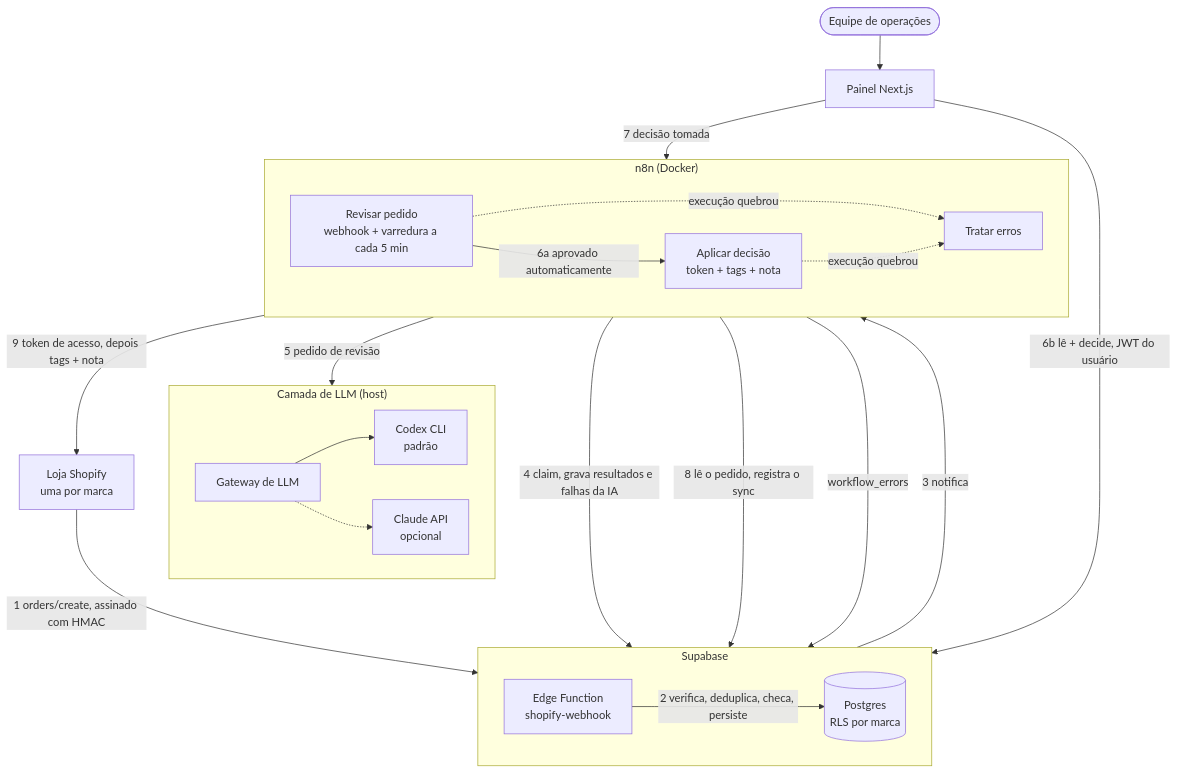
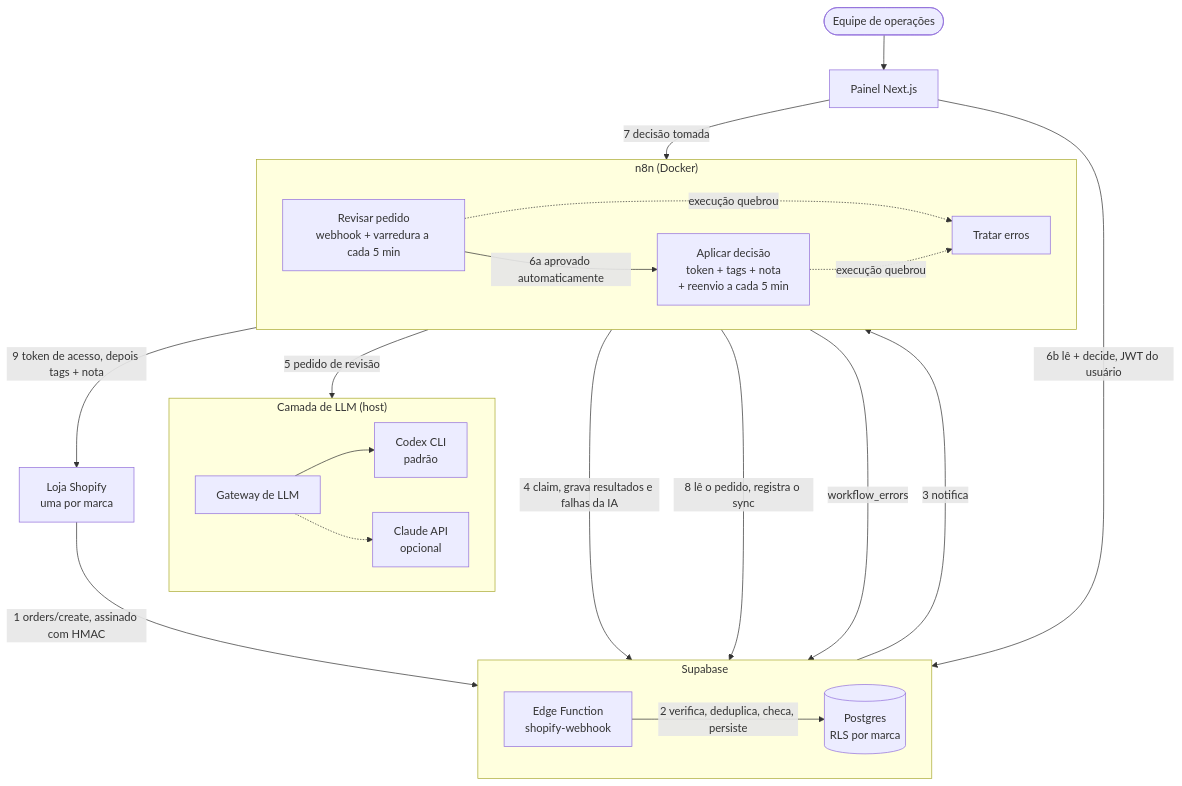
One commit to SamukDantas/order-ops-copilot changed the first of 4 diagrams in README.pt-BR.md. Above: the diagram before and after it, drawn with Mermaid. The commit also changed other lines of this file and 10 other files, not shown here.

````diff
--- a/README.pt-BR.md
+++ b/README.pt-BR.md
@@ -40,44 +40,44 @@
 ```mermaid
 flowchart TB
     STORE["Loja Shopify<br/>uma por marca"]
     OPS(["Equipe de operações"])
 
     subgraph SB["Supabase"]
         direction LR
         EF["Edge Function<br/>shopify-webhook"]
         DB[("Postgres<br/>RLS por marca")]
     end
 
     subgraph N8N["n8n (Docker)"]
         direction LR
         WF1["Revisar pedido<br/>webhook + varredura a cada 5 min"]
-        WF2["Aplicar decisão<br/>token + tags + nota"]
+        WF2["Aplicar decisão<br/>token + tags + nota<br/>+ reenvio a cada 5 min"]
         WF3["Tratar erros"]
     end
 
     subgraph HOST["Camada de LLM (host)"]
         direction LR
         GW["Gateway de LLM"]
         CODEX["Codex CLI<br/>padrão"]
         CLAUDE["Claude API<br/>opcional"]
     end
 
     UI["Painel Next.js"]
 
     STORE -- "1 orders/create, assinado com HMAC" --> EF
     EF -- "2 verifica, deduplica, checa, persiste" --> DB
     EF -- "3 notifica" --> WF1
     WF1 -- "4 claim, grava resultados e falhas da IA" --> DB
     WF1 -- "5 pedido de revisão" --> GW
     GW --> CODEX
     GW -.-> CLAUDE
     WF1 -- "6a aprovado automaticamente" --> WF2
     OPS --> UI
     UI -- "6b lê + decide, JWT do usuário" --> DB
     UI -- "7 decisão tomada" --> WF2
     WF2 -- "8 lê o pedido, registra o sync" --> DB
     WF2 -- "9 token de acesso, depois tags + nota" --> STORE
     WF1 -. "execução quebrou" .-> WF3
     WF2 -. "execução quebrou" .-> WF3
     WF3 -- "workflow_errors" --> DB
 ```
````
